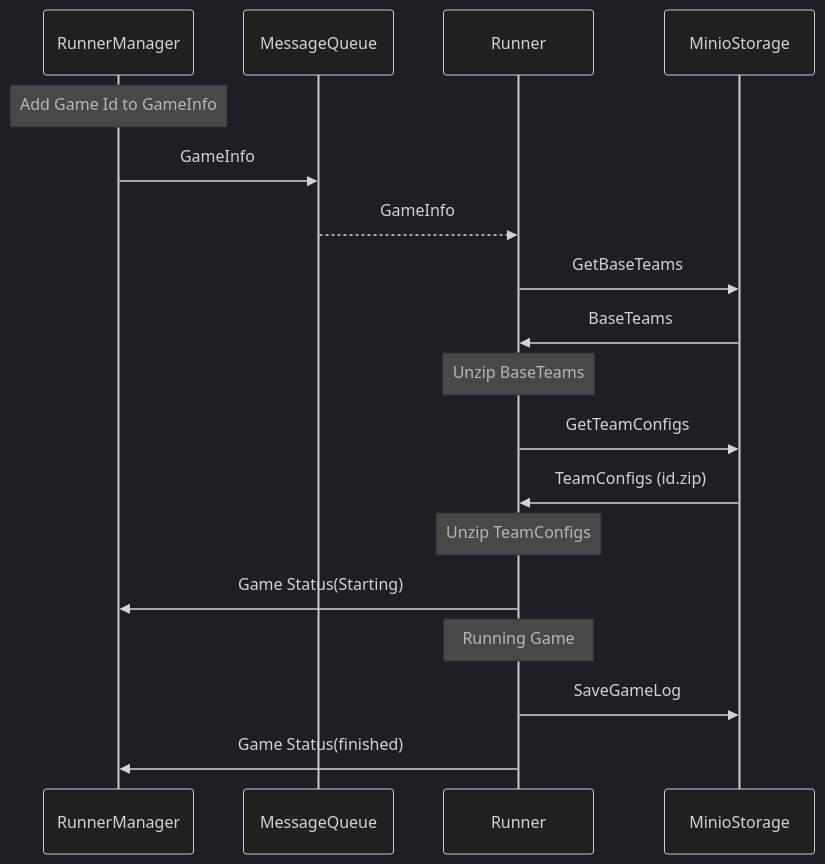
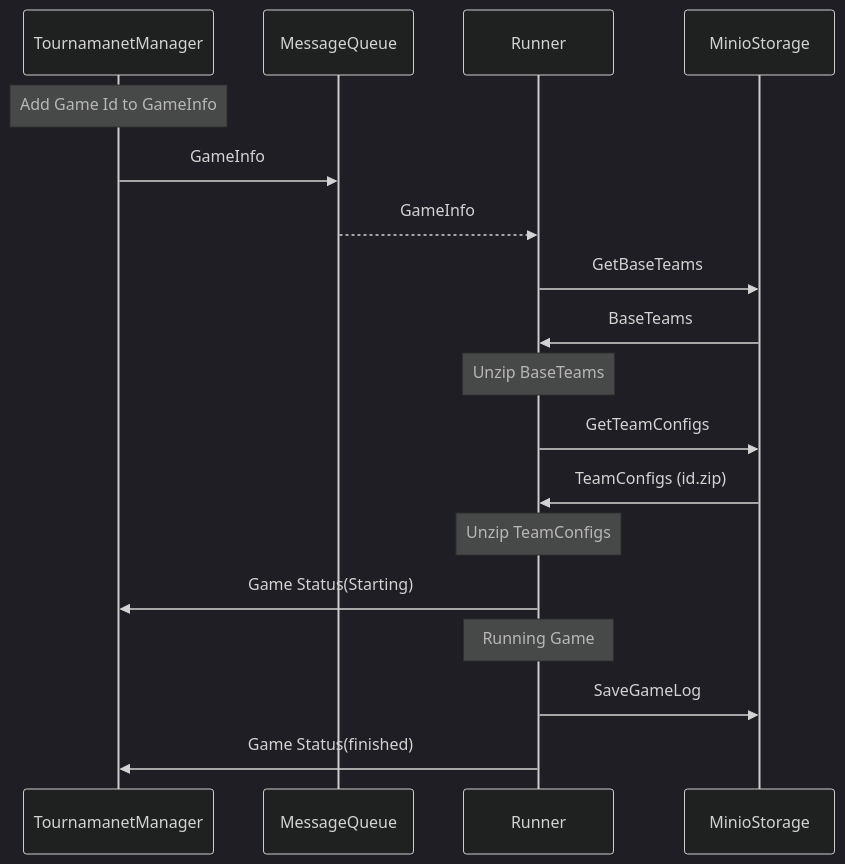
The second of 2 diagrams in runner/readme.md (RCSS-Tournament-Manager/foxsy-tournament-manager), drawn with Mermaid (dark theme) before and after one commit. The commit also changed other lines of this file and 2 other files, not shown here.

````diff
--- a/runner/readme.md
+++ b/runner/readme.md
@@ -44,20 +33,20 @@
 ```mermaid
 sequenceDiagram
-    participant RM as RunnerManager
+    participant RM as TournamanetManager
     participant MQ as MessageQueue
     participant R as Runner
     participant S as MinioStorage
     Note over RM: Add Game Id to GameInfo
     RM->>MQ: GameInfo
     MQ-->>R: GameInfo
     R->>S: GetBaseTeams
     S->>R: BaseTeams
     Note over R: Unzip BaseTeams
     R->>S: GetTeamConfigs
     S->>R: TeamConfigs (id.zip)
     Note over R: Unzip TeamConfigs
     R->>RM: Game Status(Starting)
     Note over R: Running Game
     R->>S: SaveGameLog
     R->>RM: Game Status(finished)
 ```
````
